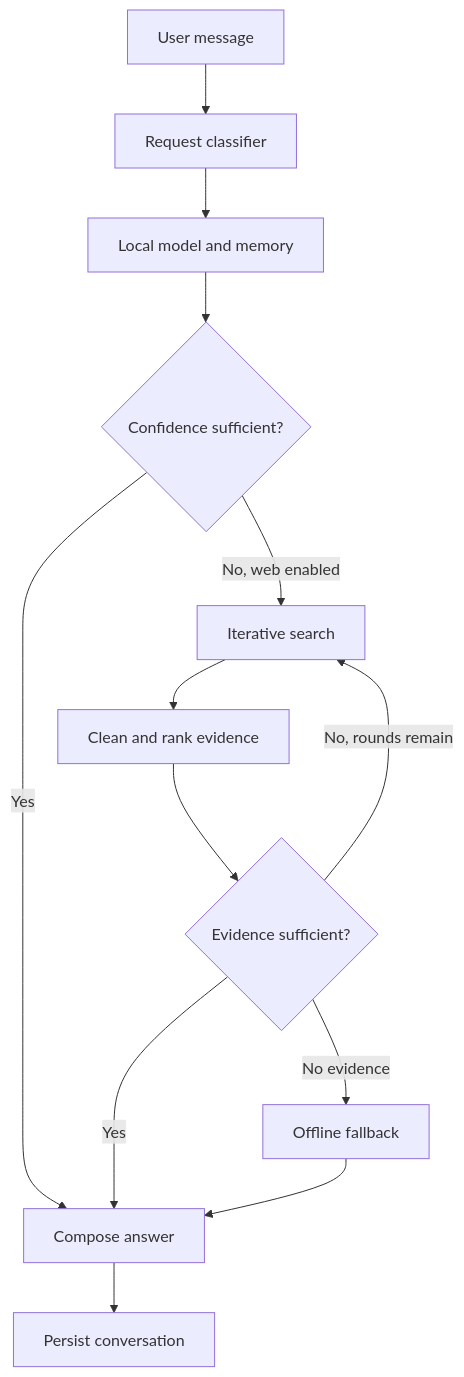
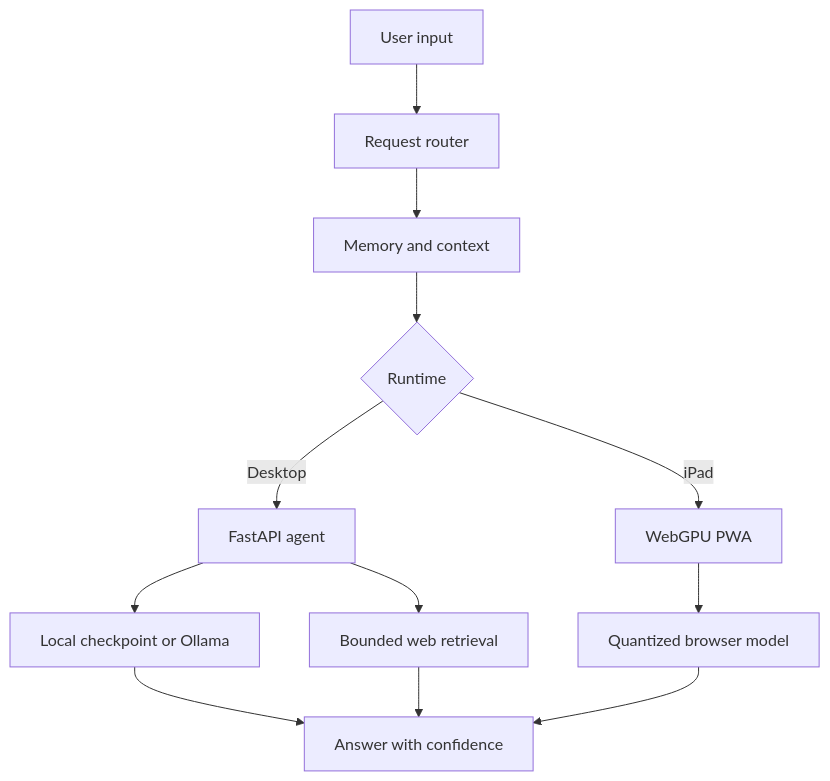
Before and after one commit to aminbakhtiari777/mini-gpt: the diagram in README.md, drawn with Mermaid. The commit also changed other lines of this file and 8 other files, not shown here.

````diff
--- a/README.md
+++ b/README.md
@@ -29,15 +48,14 @@
 ```mermaid
 flowchart TD
-    U[User message] --> C[Request classifier]
-    C --> M[Local model and memory]
-    M --> Q{Confidence sufficient?}
-    Q -->|Yes| A[Compose answer]
-    Q -->|No, web enabled| S[Iterative search]
-    S --> R[Clean and rank evidence]
-    R --> E{Evidence sufficient?}
-    E -->|No, rounds remain| S
-    E -->|Yes| A
-    E -->|No evidence| F[Offline fallback]
-    F --> A
-    A --> H[Persist conversation]
+    U[User input] --> R[Request router]
+    R --> M[Memory and context]
+    M --> L{Runtime}
+    L -->|Desktop| A[FastAPI agent]
+    L -->|iPad| P[WebGPU PWA]
+    A --> O[Local checkpoint or Ollama]
+    A --> W[Bounded web retrieval]
+    P --> Q[Quantized browser model]
+    O --> X[Answer with confidence]
+    W --> X
+    Q --> X
 ```
````
